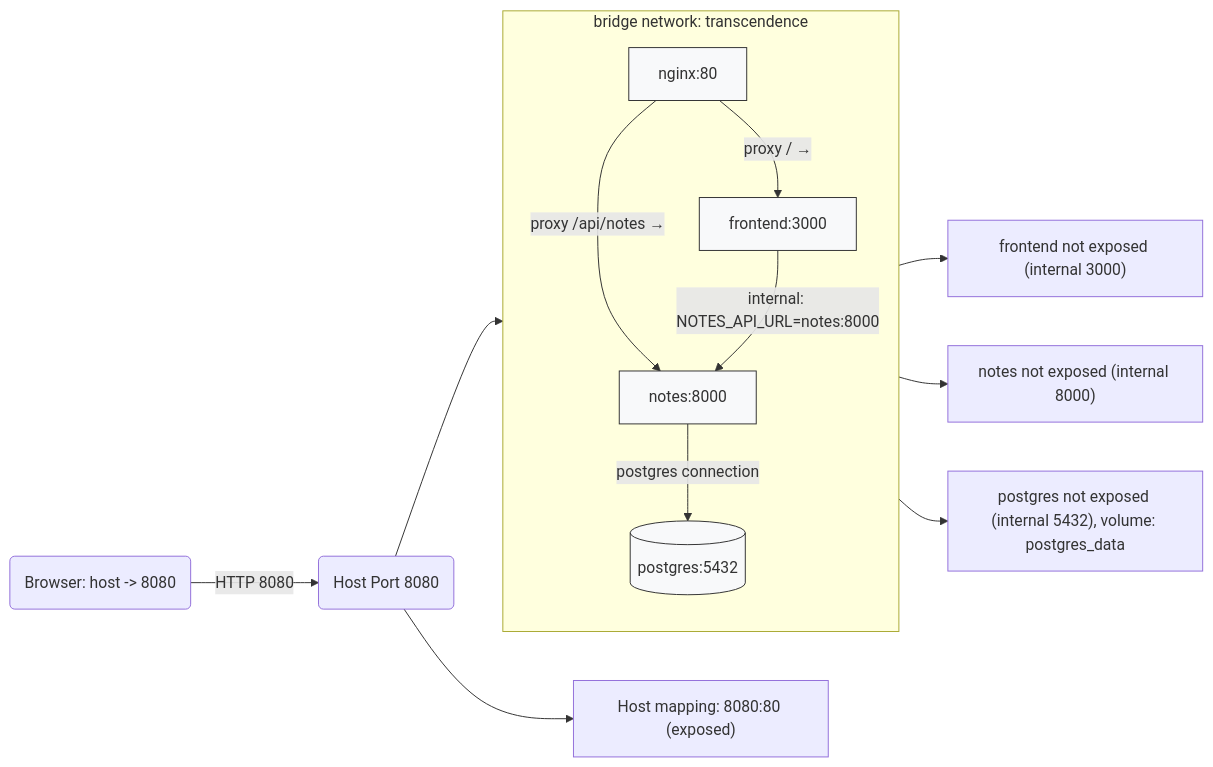
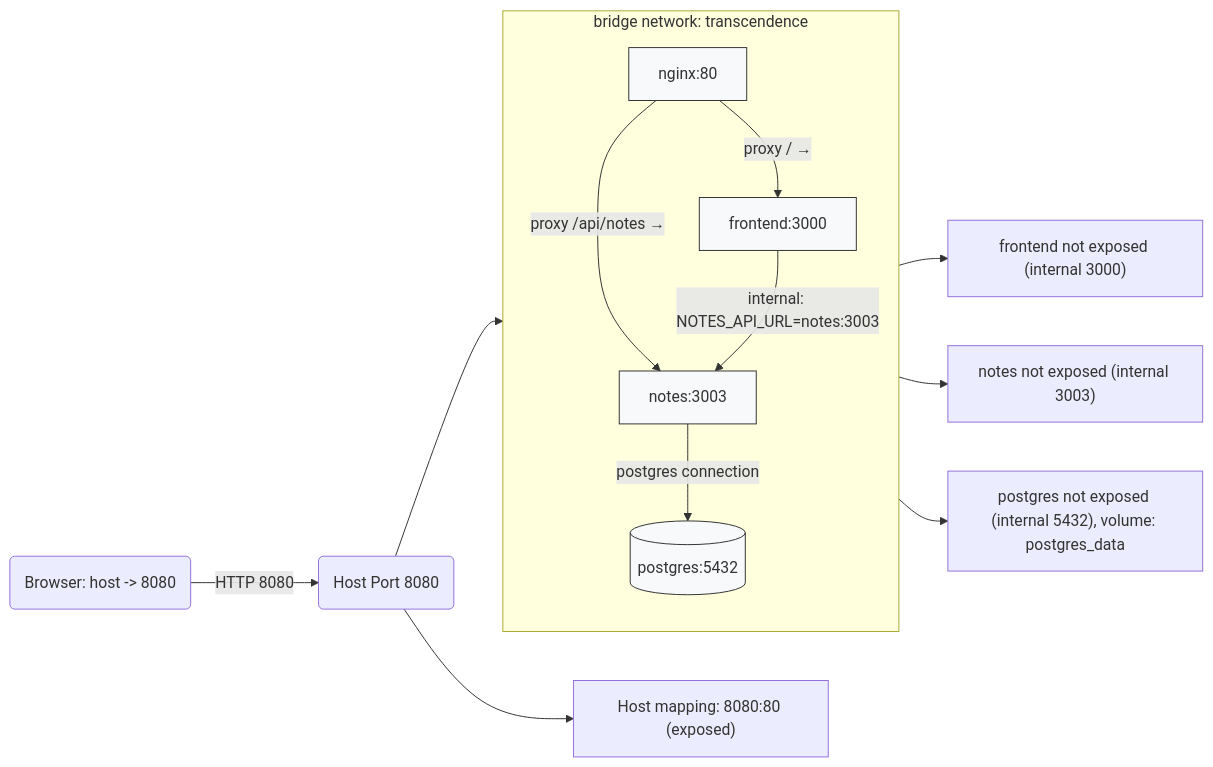
Before and after one commit to MySeaLeeOom/basic_structure: the third of 3 diagrams in DOCS/diagrams/container-deployment.md, drawn with Mermaid. The commit also changed 4 other files, not shown here.

````diff
--- a/DOCS/diagrams/container-deployment.md
+++ b/DOCS/diagrams/container-deployment.md
@@ -81,37 +81,37 @@
 ```mermaid
 flowchart LR
   Browser(Browser: host -> 8080)
   Host(Host Port 8080)
   Nginx[nginx:80]
   Frontend[frontend:3000]
-  Notes[notes:8000]
+  Notes[notes:3003]
   Postgres[(postgres:5432)]
 
   Browser -->|HTTP 8080| Host --> Nginx
   Nginx -->|proxy / →| Frontend
   Nginx -->|proxy /api/notes →| Notes
-  Frontend -->|internal: NOTES_API_URL=notes:8000| Notes
+  Frontend -->|internal: NOTES_API_URL=notes:3003| Notes
   Notes -->|postgres connection| Postgres
 
   subgraph docker_network [bridge network: transcendence]
     direction TB
     Nginx
     Frontend
     Notes
     Postgres
   end
 
   classDef service fill:#f8f9fa,stroke:#333,stroke-width:1px
   class Nginx,Frontend,Notes,Postgres service
 
   %% Notes
   Note_Nginx["Host mapping: 8080:80 (exposed)"]
   Note_Frontend["frontend not exposed (internal 3000)"]
-  Note_Notes["notes not exposed (internal 8000)"]
+  Note_Notes["notes not exposed (internal 3003)"]
   Note_Postgres["postgres not exposed (internal 5432), volume: postgres_data"]
 
   Host --> Note_Nginx
   Frontend --> Note_Frontend
   Notes --> Note_Notes
   Postgres --> Note_Postgres
 ```
````
